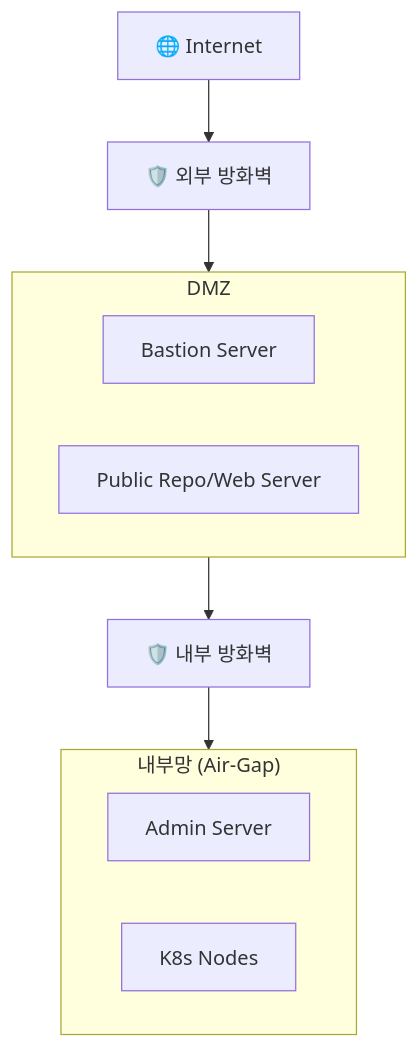
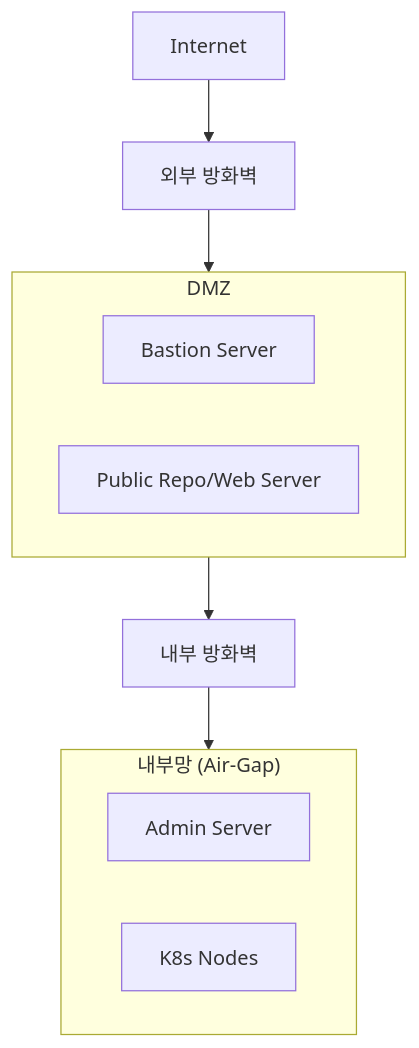
Before and after one commit to juwon8891/juwon8891.github.io: the first of 8 diagrams in docs/k8s-deploy/week6-kubespray-offline.md, drawn with Mermaid. The commit also changed other lines of this file and 29 other files, not shown here.

````diff
--- a/docs/k8s-deploy/week6-kubespray-offline.md
+++ b/docs/k8s-deploy/week6-kubespray-offline.md
@@ -18,21 +27,21 @@
 ```mermaid
 graph TB
-    Internet["🌐 Internet"]
-    Internet --> FW1["🛡️ 외부 방화벽"]
+    Internet[" Internet"]
+    Internet --> FW1[" 외부 방화벽"]
 
     subgraph DMZ
         Bastion["Bastion Server"]
         PublicRepo["Public Repo/Web Server"]
     end
 
     FW1 --> DMZ
-    DMZ --> FW2["🛡️ 내부 방화벽"]
+    DMZ --> FW2[" 내부 방화벽"]
 
     subgraph Internal["내부망 (Air-Gap)"]
         Admin["Admin Server"]
         K8sNodes["K8s Nodes"]
     end
 
     FW2 --> Internal
 
 ```
````
